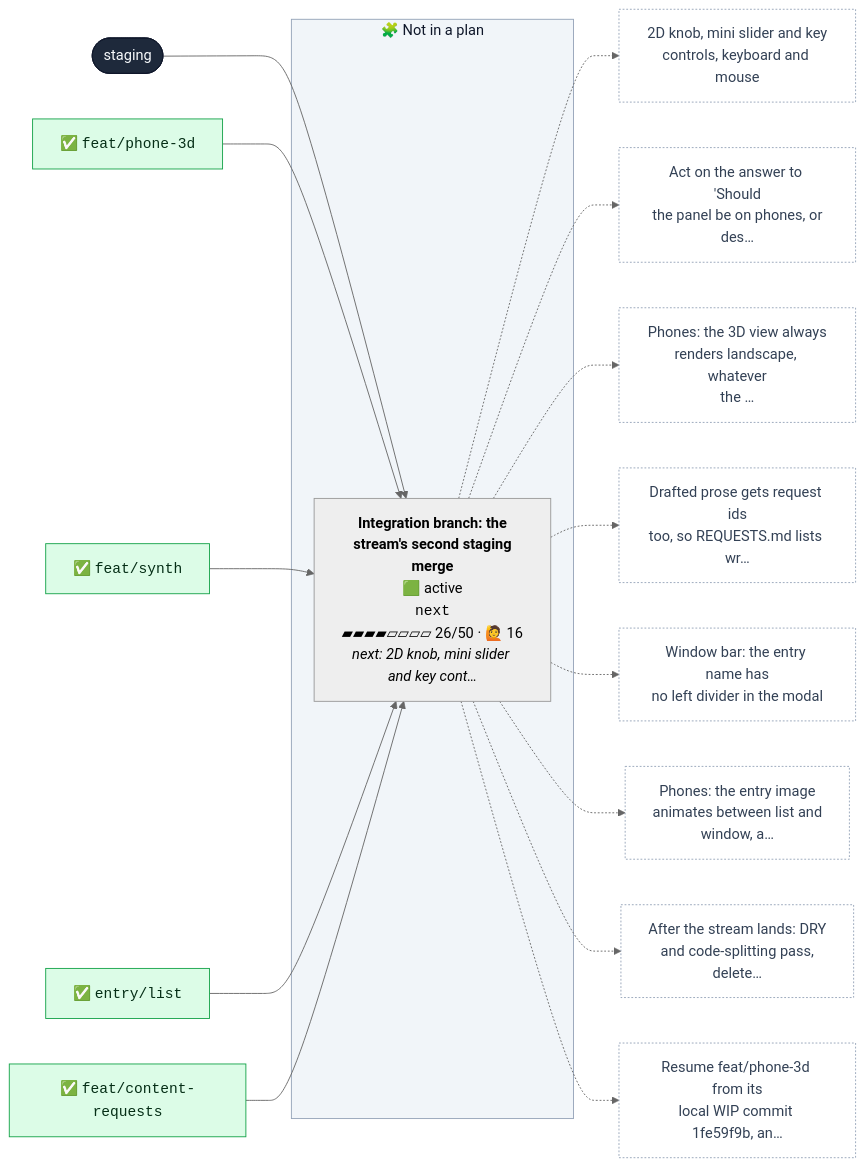
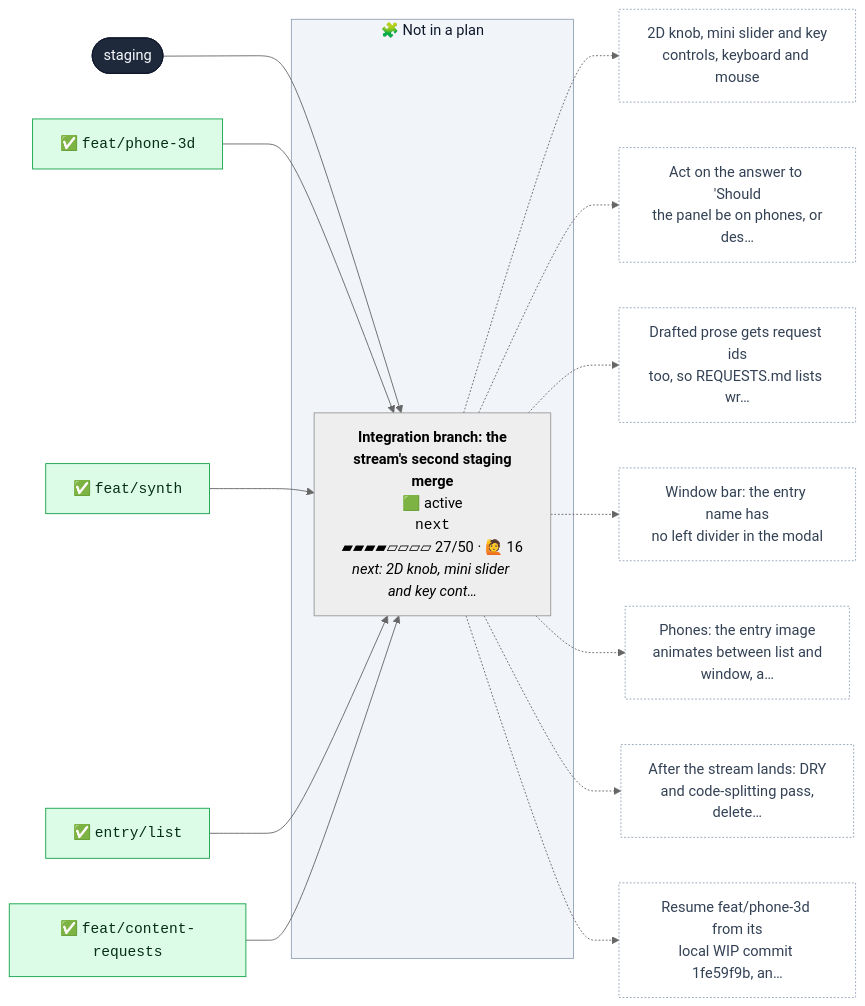
One commit to henryjonescodes/portfolio changed the first of 2 diagrams in CONTRIBUTING.md. Above: the diagram before and after it, drawn with Mermaid (neutral theme). The commit also changed other lines of this file, not shown here.

````diff
--- a/CONTRIBUTING.md
+++ b/CONTRIBUTING.md
@@ -16,56 +16,53 @@
 ```mermaid
 flowchart LR
   n_staging([staging])
   class n_staging trunk
   subgraph loose["🧩 Not in a plan"]
-    n_next["<b>Integration branch: the<br/>stream's second staging<br/>merge</b><br/>🟩 active<br/><code>next</code><br/>▰▰▰▰▱▱▱▱ 26/50 · 🙋 16<br/><i>next: 2D knob, mini slider and key cont…</i>"]
+    n_next["<b>Integration branch: the<br/>stream's second staging<br/>merge</b><br/>🟩 active<br/><code>next</code><br/>▰▰▰▰▱▱▱▱ 27/50 · 🙋 16<br/><i>next: 2D knob, mini slider and key cont…</i>"]
     class n_next active,current
   end
   style loose fill:#f1f5f9,stroke:#94a3b8,color:#0f172a
   n_staging --> n_next
   n_next_m0["✅ <code>feat/phone-3d</code>"]
   class n_next_m0 merged
   n_next_m0 --> n_next
   n_next_m1["✅ <code>feat/synth</code>"]
   class n_next_m1 merged
   n_next_m1 --> n_next
   n_next_m2["✅ <code>entry/list</code>"]
   class n_next_m2 merged
   n_next_m2 --> n_next
   n_next_m3["✅ <code>feat/content-requests</code>"]
   class n_next_m3 merged
   n_next_m3 --> n_next
   n_next_t0["2D knob, mini slider and key<br/>controls, keyboard and mouse"]
   class n_next_t0 todo
   n_next -.-> n_next_t0
   n_next_t1["Act on the answer to 'Should<br/>the panel be on phones, or<br/>des…"]
   class n_next_t1 todo
   n_next -.-> n_next_t1
-  n_next_t2["Phones: the 3D view always<br/>renders landscape, whatever<br/>the …"]
+  n_next_t2["Drafted prose gets request ids<br/>too, so REQUESTS.md lists wr…"]
   class n_next_t2 todo
   n_next -.-> n_next_t2
-  n_next_t3["Drafted prose gets request ids<br/>too, so REQUESTS.md lists wr…"]
+  n_next_t3["Window bar: the entry name has<br/>no left divider in the modal"]
   class n_next_t3 todo
   n_next -.-> n_next_t3
-  n_next_t4["Window bar: the entry name has<br/>no left divider in the modal"]
+  n_next_t4["Phones: the entry image<br/>animates between list and<br/>window, a…"]
   class n_next_t4 todo
   n_next -.-> n_next_t4
-  n_next_t5["Phones: the entry image<br/>animates between list and<br/>window, a…"]
+  n_next_t5["After the stream lands: DRY<br/>and code-splitting pass,<br/>delete…"]
   class n_next_t5 todo
   n_next -.-> n_next_t5
-  n_next_t6["After the stream lands: DRY<br/>and code-splitting pass,<br/>delete…"]
+  n_next_t6["Resume feat/phone-3d from its<br/>local WIP commit 1fe59f9b, an…"]
   class n_next_t6 todo
   n_next -.-> n_next_t6
-  n_next_t7["Resume feat/phone-3d from its<br/>local WIP commit 1fe59f9b, an…"]
-  class n_next_t7 todo
-  n_next -.-> n_next_t7
   classDef merged fill:#dcfce7,stroke:#16a34a,color:#052e16
   classDef todo fill:#ffffff,stroke:#94a3b8,stroke-dasharray:2 2,color:#334155
   classDef planned fill:#c7d2fe,stroke:#4f46e5,color:#1e1b4b
   classDef sketched fill:#f8fafc,stroke:#64748b,stroke-dasharray:4 3,color:#334155
   classDef active fill:#bbf7d0,stroke:#16a34a,stroke-width:3px,color:#052e16
   classDef review fill:#fde68a,stroke:#d97706,stroke-width:3px,color:#451a03
   classDef blocked fill:#fecaca,stroke:#dc2626,stroke-width:3px,color:#450a0a
   classDef trunk fill:#1e293b,stroke:#0f172a,color:#f8fafc
   classDef current stroke:#0ea5e9,stroke-width:5px
 ```
````
